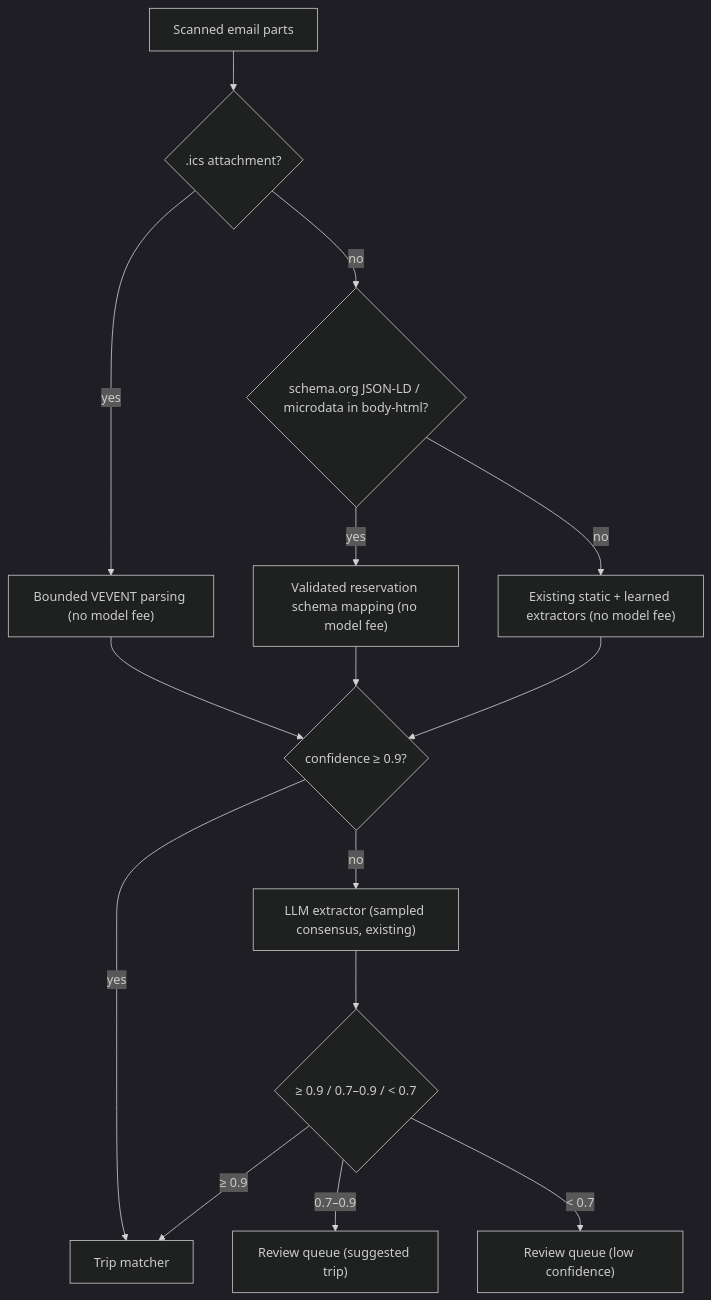
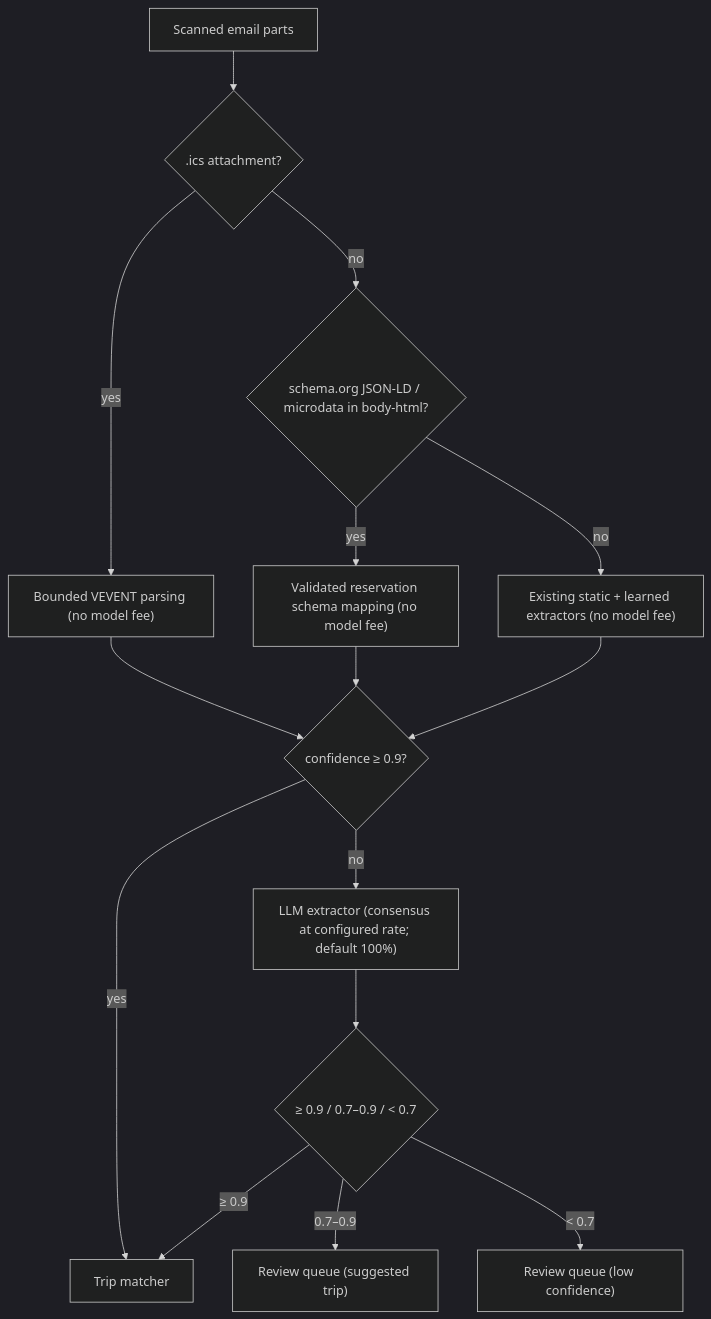
The second of 2 diagrams in docs/implementation_plans/implementation-plan-gap-closing.md (Duerk-Industries/Travel-Itinerary-App), drawn with Mermaid (dark theme) before and after one commit. The commit also changed other lines of this file, not shown here.

````diff
--- a/docs/implementation_plans/implementation-plan-gap-closing.md
+++ b/docs/implementation_plans/implementation-plan-gap-closing.md
@@ -332,17 +369,17 @@
 ```mermaid
 flowchart TD
   A["Scanned email parts"] --> B{".ics attachment?"}
   B -- yes --> C["Bounded VEVENT parsing (no model fee)"]
   B -- no --> D{"schema.org JSON-LD / microdata in body-html?"}
   D -- yes --> E["Validated reservation schema mapping (no model fee)"]
   D -- no --> F["Existing static + learned extractors (no model fee)"]
   C --> G{"confidence ≥ 0.9?"}
   E --> G
   F --> G
   G -- yes --> M["Trip matcher"]
-  G -- no --> H["LLM extractor (sampled consensus, existing)"]
+  G -- no --> H["LLM extractor (consensus at configured rate; default 100%)"]
   H --> I{"≥ 0.9 / 0.7–0.9 / < 0.7"}
   I -- "≥ 0.9" --> M
   I -- "0.7–0.9" --> R["Review queue (suggested trip)"]
   I -- "< 0.7" --> L["Review queue (low confidence)"]
 ```
````
